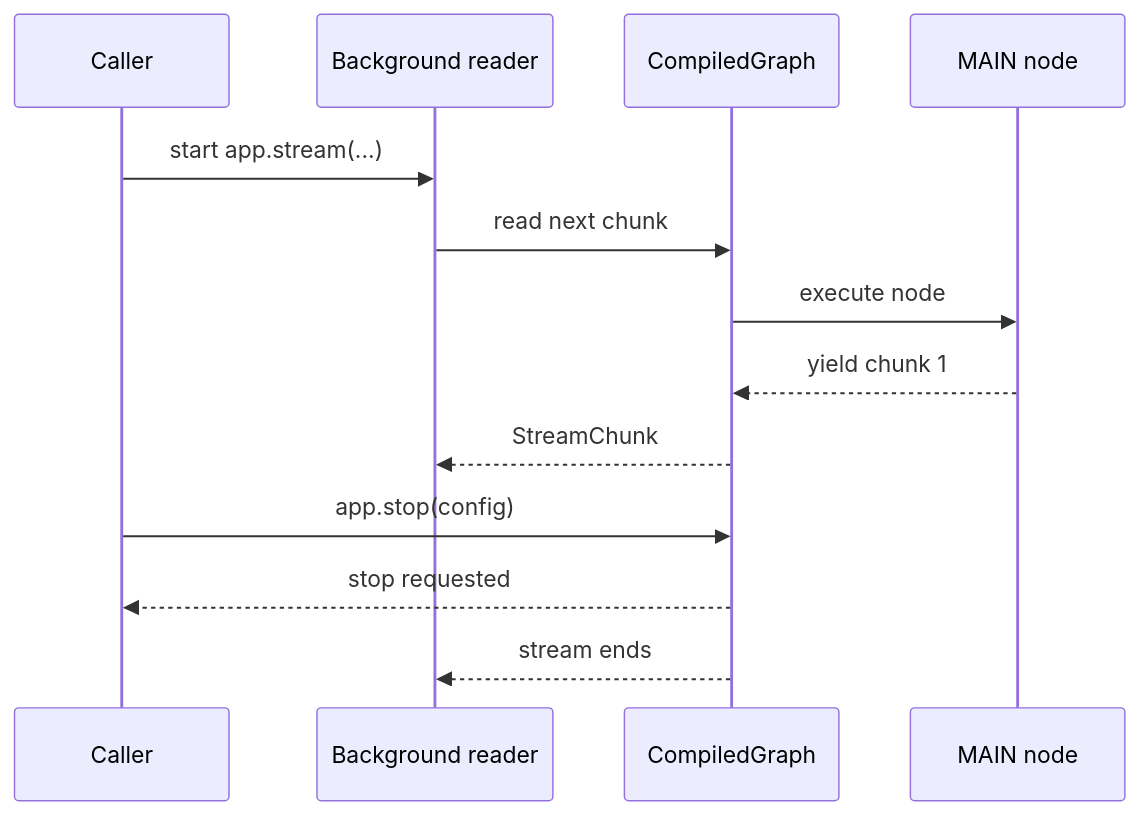
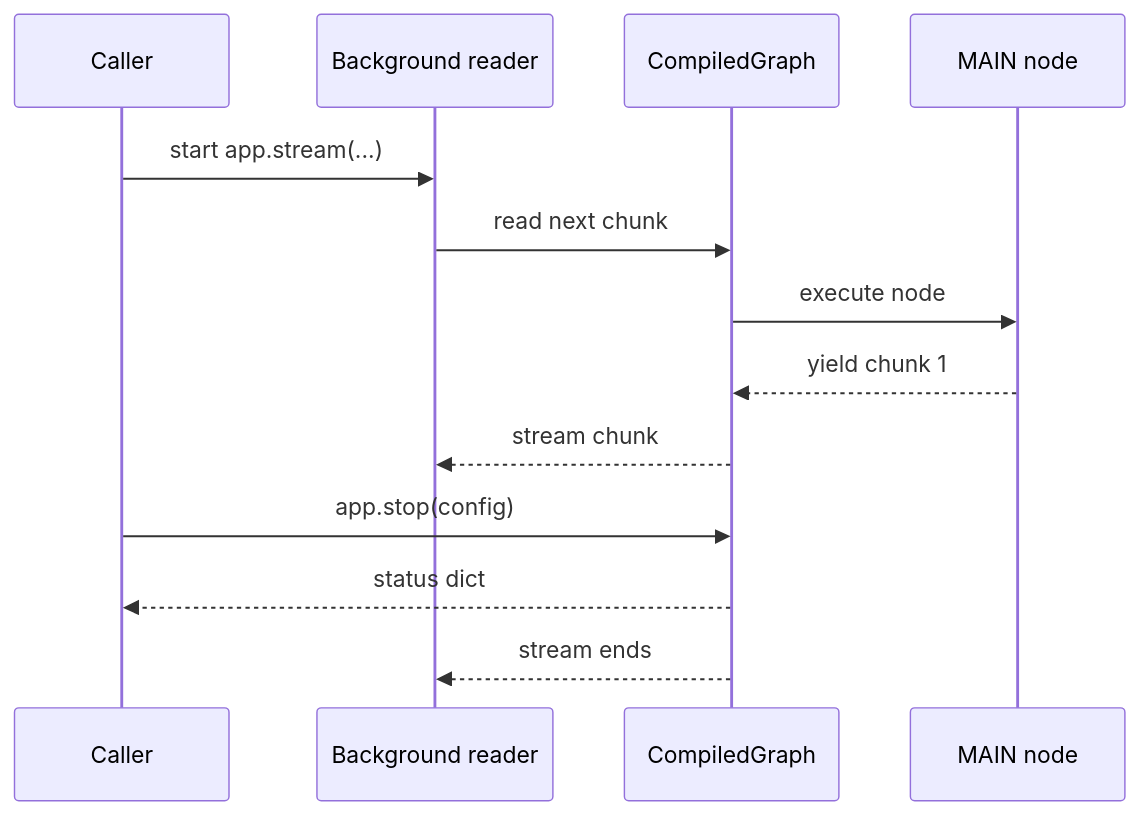
Before and after one commit to 10xHub/agentflow-docs: the first of 2 diagrams in src/content/docs/examples/stop-stream.md, drawn with Mermaid. The commit also changed other lines of this file and 130 other files, not shown here.

````diff
--- a/src/content/docs/examples/stop-stream.md
+++ b/src/content/docs/examples/stop-stream.md
@@ -35,16 +45,16 @@
 ```mermaid
 sequenceDiagram
     participant Caller
     participant Reader as Background reader
     participant Graph as CompiledGraph
     participant MAIN as MAIN node
 
     Caller->>Reader: start app.stream(...)
     Reader->>Graph: read next chunk
     Graph->>MAIN: execute node
     MAIN-->>Graph: yield chunk 1
-    Graph-->>Reader: StreamChunk
+    Graph-->>Reader: stream chunk
     Caller->>Graph: app.stop(config)
-    Graph-->>Caller: stop requested
+    Graph-->>Caller: status dict
     Graph-->>Reader: stream ends
 ```
````
